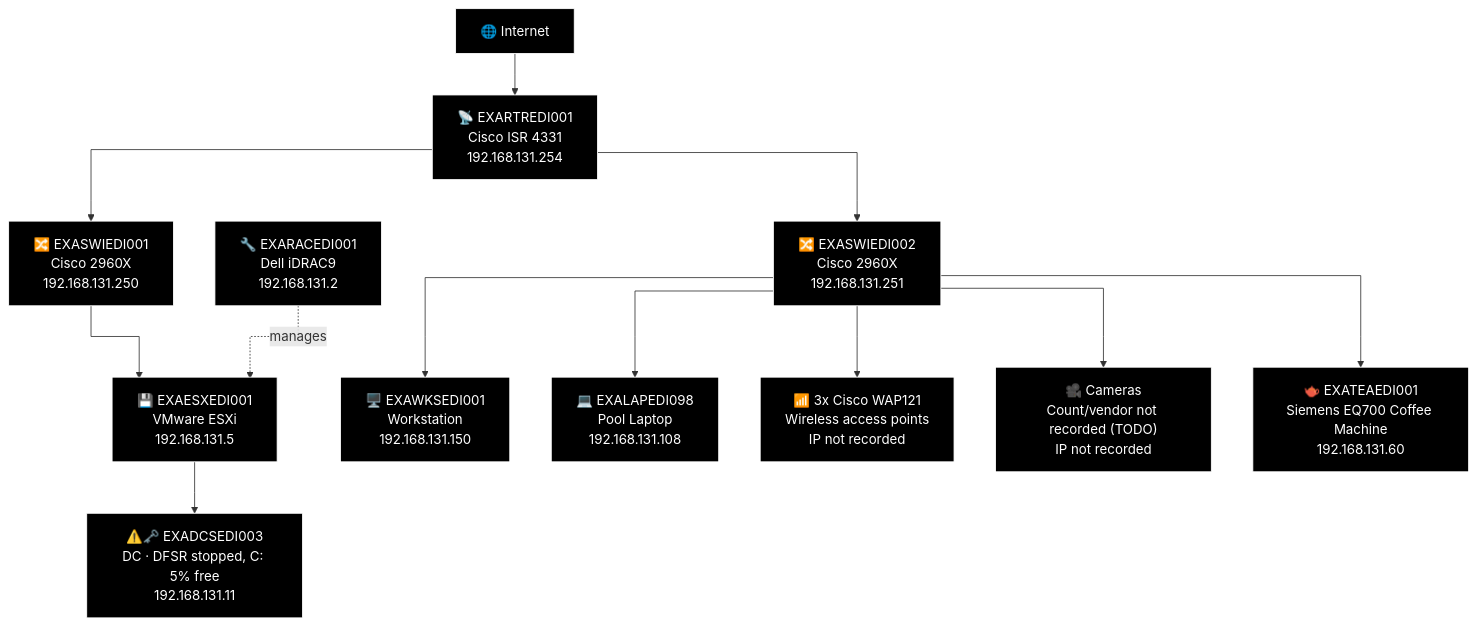
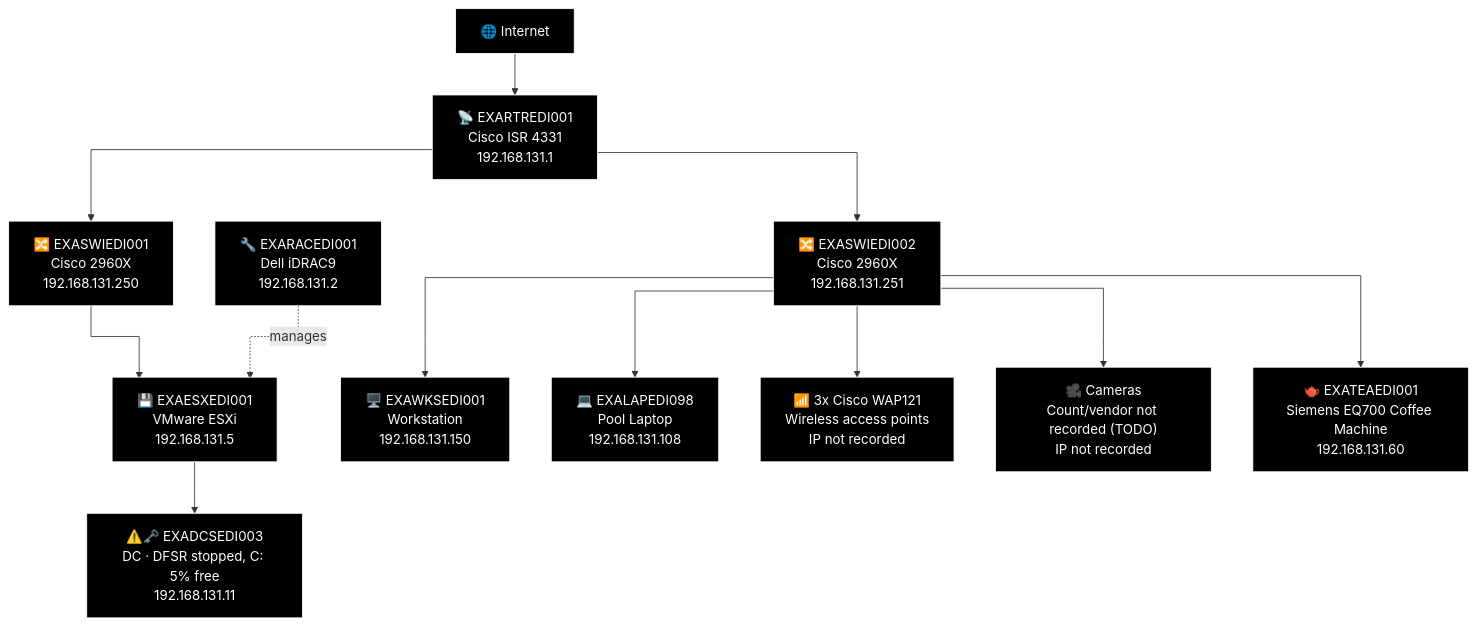
Before and after one commit to knightmare2600/example_music_infra: the fourth of 21 diagrams in docs/network-diagram/scotland.md, drawn with Mermaid. The commit also changed other lines of this file and 7 other files, not shown here.

````diff
--- a/docs/network-diagram/scotland.md
+++ b/docs/network-diagram/scotland.md
@@ -362,41 +359,41 @@
 ```mermaid
 %%{init: {'flowchart': {'curve': 'stepAfter'}}}%%
 graph TD
     O_INET["🌐 Internet"]
-    O_RTR["📡 EXARTREDI001<br/>Cisco ISR 4331<br/>192.168.131.254"]
+    O_RTR["📡 EXARTREDI001<br/>Cisco ISR 4331<br/>192.168.131.1"]
     O_INET --> O_RTR
     O_SW1["🔀 EXASWIEDI001<br/>Cisco 2960X<br/>192.168.131.250"]
     O_SW2["🔀 EXASWIEDI002<br/>Cisco 2960X<br/>192.168.131.251"]
     O_RTR --> O_SW1
     O_RTR --> O_SW2
 
     O_RAC["🔧 EXARACEDI001<br/>Dell iDRAC9<br/>192.168.131.2"]
     O_ESX["💾 EXAESXEDI001<br/>VMware ESXi<br/>192.168.131.5"]
     O_DC["⚠️🗝️ EXADCSEDI003<br/>DC · DFSR stopped, C: 5% free<br/>192.168.131.11"]
     O_SW1 --> O_ESX --> O_DC
     O_RAC -.->|"manages"| O_ESX
 
     O_WKS["🖥️ EXAWKSEDI001<br/>Workstation<br/>192.168.131.150"]
     O_LAP["💻 EXALAPEDI098<br/>Pool Laptop<br/>192.168.131.108"]
     O_WAP["📶 3x Cisco WAP121<br/>Wireless access points<br/>IP not recorded"]
     O_CAM["🎥 Cameras<br/>Count/vendor not recorded (TODO)<br/>IP not recorded"]
     O_COF["🫖 EXATEAEDI001<br/>Siemens EQ700 Coffee Machine<br/>192.168.131.60"]
     O_SW2 --> O_WKS
     O_SW2 --> O_LAP
     O_SW2 --> O_WAP
     O_SW2 --> O_CAM
     O_SW2 --> O_COF
 
     style O_INET fill:#000000,stroke:#FFFFFF,color:#FFFFFF
     style O_RTR fill:#000000,stroke:#FFFFFF,color:#FFFFFF
     style O_SW1 fill:#000000,stroke:#FFFFFF,color:#FFFFFF
     style O_SW2 fill:#000000,stroke:#FFFFFF,color:#FFFFFF
     style O_RAC fill:#000000,stroke:#FFFFFF,color:#FFFFFF
     style O_ESX fill:#000000,stroke:#FFFFFF,color:#FFFFFF
     style O_DC fill:#000000,stroke:#FFFFFF,color:#FFFFFF
     style O_WKS fill:#000000,stroke:#FFFFFF,color:#FFFFFF
     style O_LAP fill:#000000,stroke:#FFFFFF,color:#FFFFFF
     style O_WAP fill:#000000,stroke:#FFFFFF,color:#FFFFFF
     style O_CAM fill:#000000,stroke:#FFFFFF,color:#FFFFFF
     style O_COF fill:#000000,stroke:#FFFFFF,color:#FFFFFF
 ```
````
